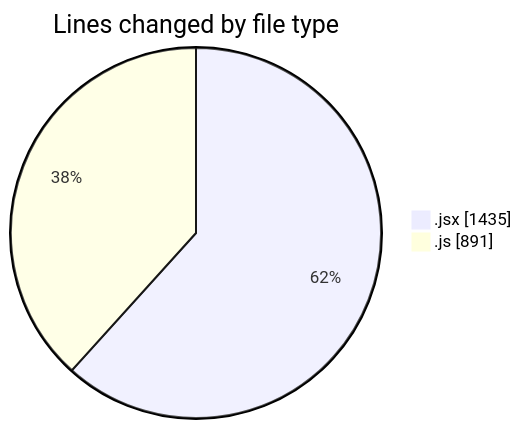
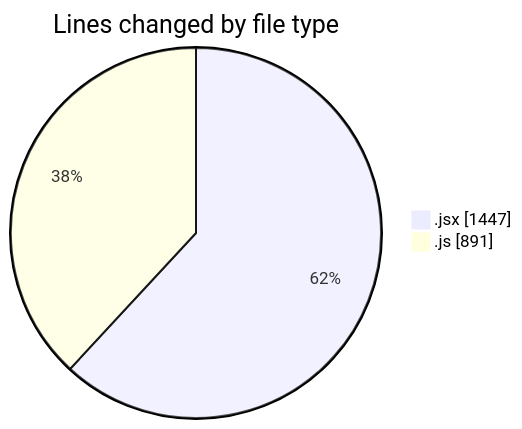
The first of 2 diagrams in 2025-09-15/nxtqube_webapp/README.md (nxtqubesakshisongat/code-tracking), drawn with Mermaid before and after one commit. The commit also changed other lines of this file and 1 other file, not shown here.

````diff
--- a/2025-09-15/nxtqube_webapp/README.md
+++ b/2025-09-15/nxtqube_webapp/README.md
@@ -22,6 +22,6 @@
 ```mermaid
 pie showData
 title Lines changed by file type
-".jsx" : 1435
+".jsx" : 1447
 ".js" : 891
 ```
````
